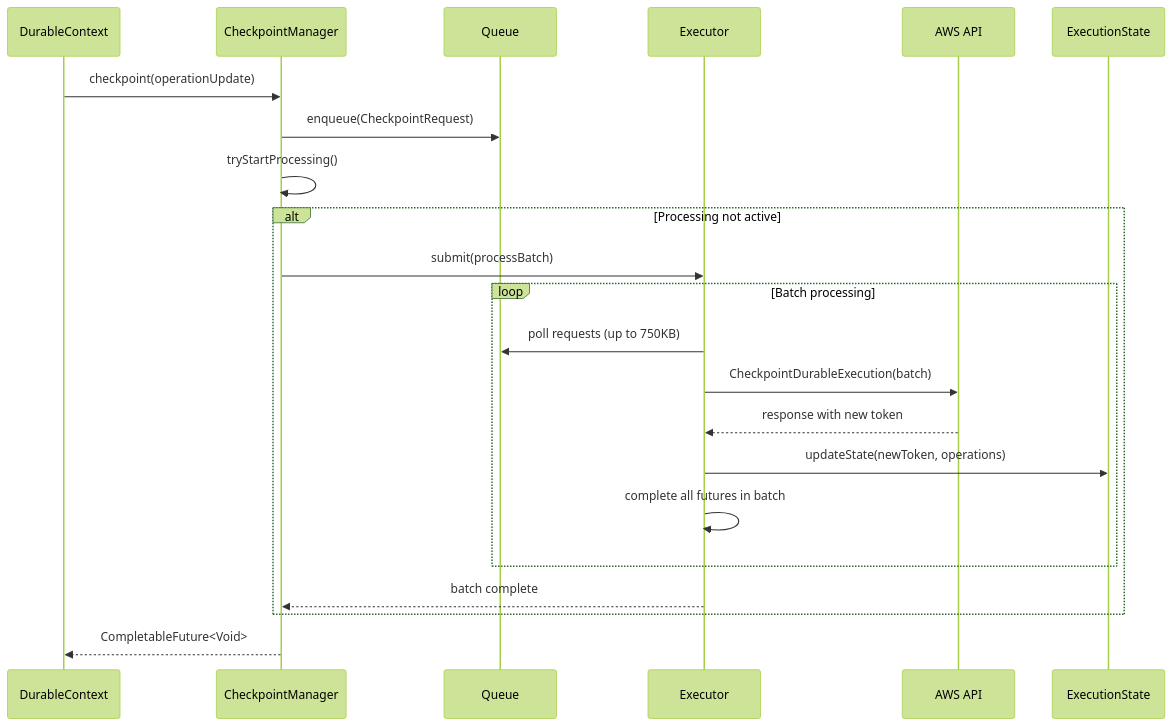
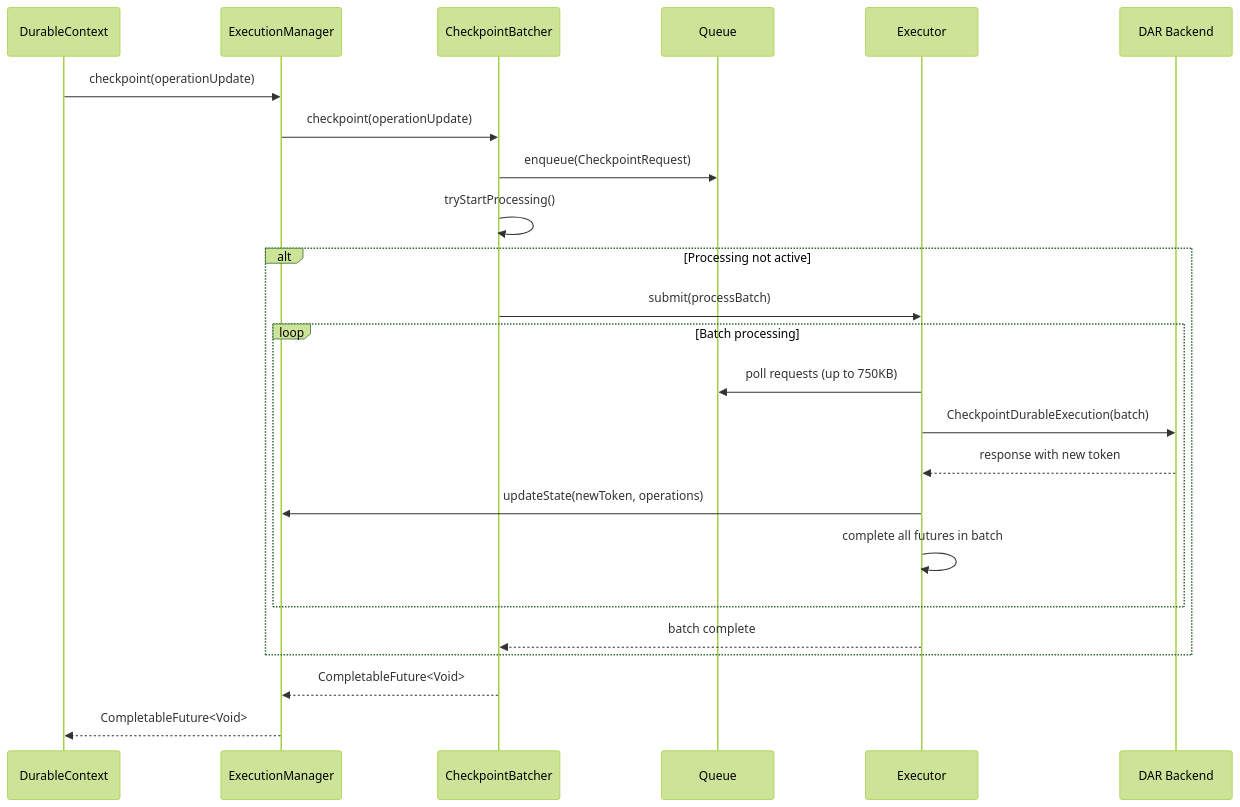
The second of 4 diagrams in sequence-diagram.md (aws/aws-durable-execution-sdk-java), drawn with Mermaid (forest theme) before and after one commit. The commit also changed other lines of this file and 1 other file, not shown here.

Commit message:
Update design.md and sequence-diagram.md

````diff
--- a/sequence-diagram.md
+++ b/sequence-diagram.md
@@ -68,29 +66,31 @@
 ```mermaid
 sequenceDiagram
     participant DC as DurableContext
-    participant CM as CheckpointManager
+    participant EM as ExecutionManager
+    participant CB as CheckpointBatcher
     participant Q as Queue
     participant E as Executor
-    participant API as AWS API
-    participant ES as ExecutionState
+    participant DAR as DAR Backend
 
-    DC->>CM: checkpoint(operationUpdate)
-    CM->>Q: enqueue(CheckpointRequest)
-    CM->>CM: tryStartProcessing()
+    DC->>EM: checkpoint(operationUpdate)
+    EM->>CB: checkpoint(operationUpdate)
+    CB->>Q: enqueue(CheckpointRequest)
+    CB->>CB: tryStartProcessing()
     
     alt Processing not active
-        CM->>E: submit(processBatch)
+        CB->>E: submit(processBatch)
         
         loop Batch processing
             E->>Q: poll requests (up to 750KB)
-            E->>API: CheckpointDurableExecution(batch)
-            API-->>E: response with new token
-            E->>ES: updateState(newToken, operations)
+            E->>DAR: CheckpointDurableExecution(batch)
+            DAR-->>E: response with new token
+            E->>EM: updateState(newToken, operations)
             E->>E: complete all futures in batch
         end
         
-        E-->>CM: batch complete
+        E-->>CB: batch complete
     end
     
-    CM-->>DC: CompletableFuture<Void>
+    CB-->>EM: CompletableFuture<Void>
+    EM-->>DC: CompletableFuture<Void>
 ```
````
